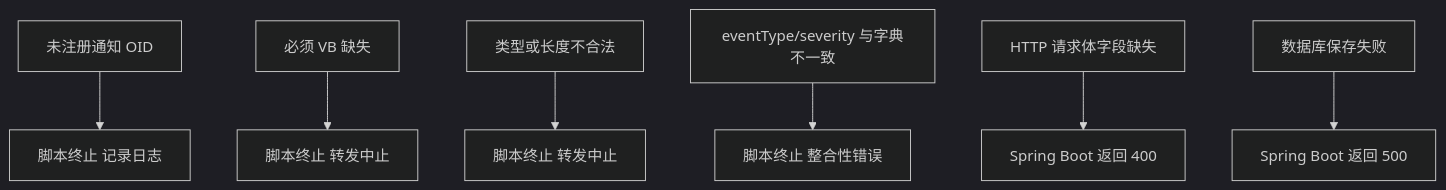
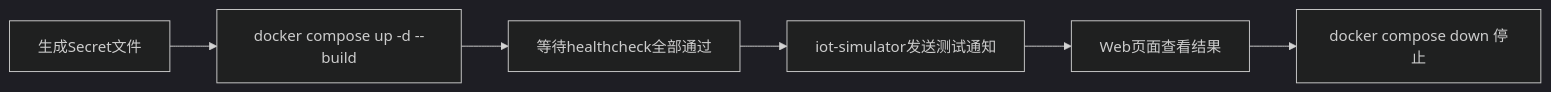
Before and after one commit to seki999/DialogueFlow_GitHub_OnLine: the diagram in slides/snmp-trap-demo-course/20.md, drawn with Mermaid (dark theme). The commit also changed other lines of this file and 48 other files, not shown here.

````diff
--- a/slides/snmp-trap-demo-course/20.md
+++ b/slides/snmp-trap-demo-course/20.md
@@ -5,9 +5,8 @@
 ```mermaid
-flowchart TD
-    E1[未注册通知 OID] --> Stop1[脚本终止 记录日志]
-    E2[必须 VB 缺失] --> Stop2[脚本终止 转发中止]
-    E3[类型或长度不合法] --> Stop3[脚本终止 转发中止]
-    E4[eventType/severity 与字典不一致] --> Stop4[脚本终止 整合性错误]
-    E5[HTTP 请求体字段缺失] --> R400[Spring Boot 返回 400]
-    E6[数据库保存失败] --> R500[Spring Boot 返回 500]
+flowchart LR
+  S1[生成Secret文件] --> S2[docker compose up -d --build]
+  S2 --> S3[等待healthcheck全部通过]
+  S3 --> S4[iot-simulator发送测试通知]
+  S4 --> S5[Web页面查看结果]
+  S5 --> S6[docker compose down 停止]
 ```
````
